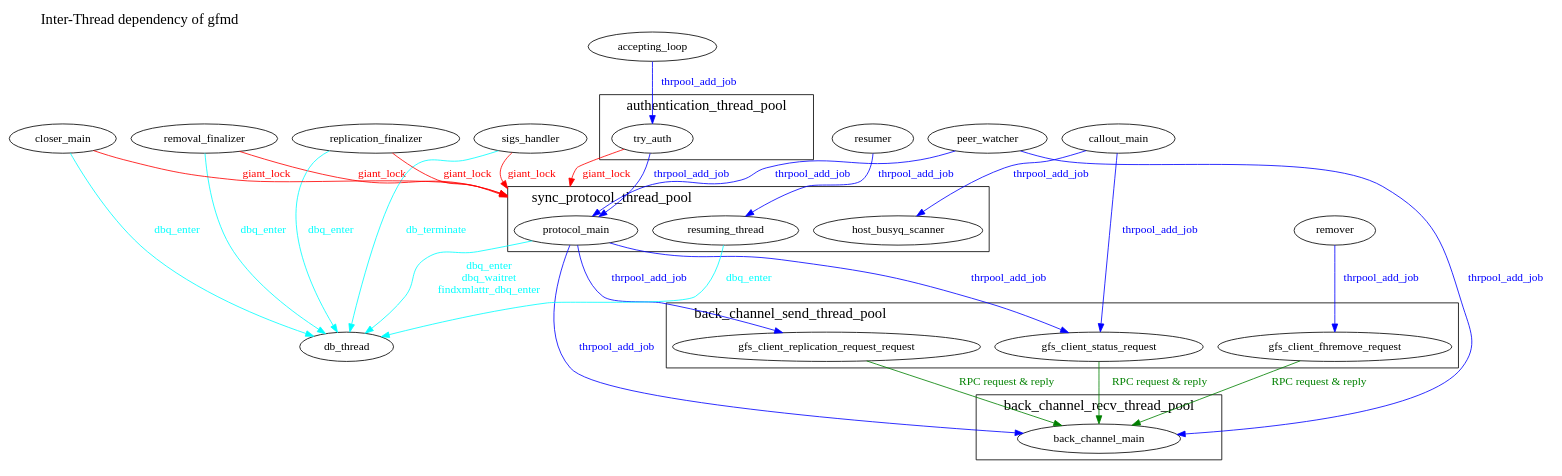
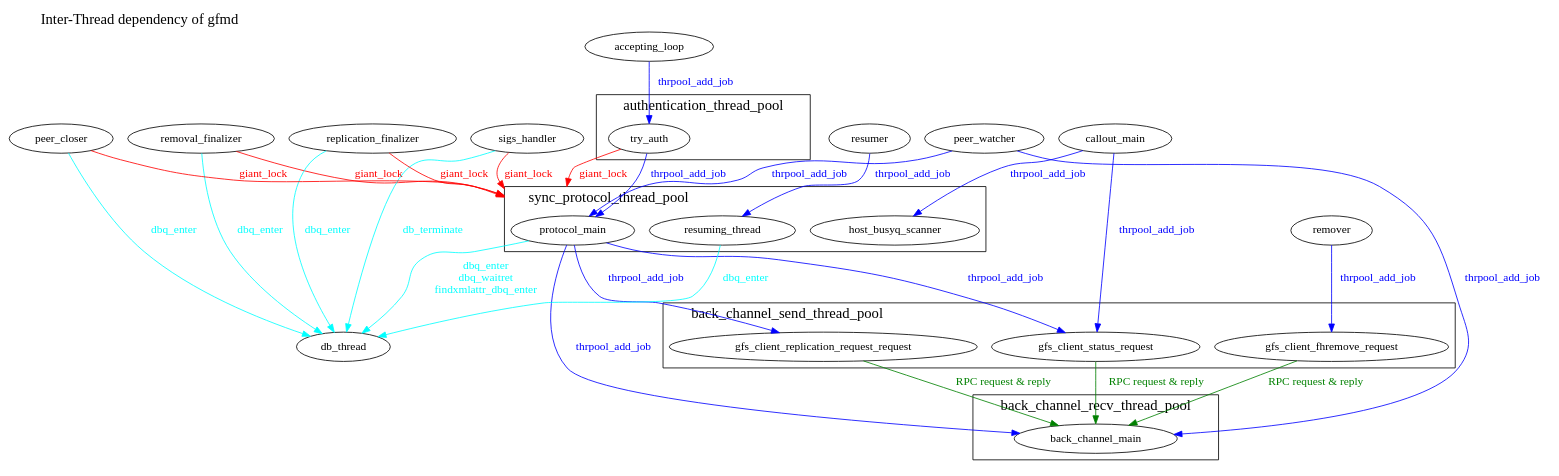
One commit to oss-tsukuba/gfarm changed the diagram in doc/internal/png/gfmd-thread-dependency.dot. Above: the diagram before and after it, drawn with Graphviz. The commit also changed 34 other files, not shown here.

```diff
--- a/doc/internal/png/gfmd-thread-dependency.dot
+++ b/doc/internal/png/gfmd-thread-dependency.dot
@@ -1,112 +1,112 @@
 digraph threads {
   graph [label = "Inter-Thread dependency of gfmd",
 	labelloc = t, labeljust = l, fontsize = 18,
 	compound = true];
 
   accepting_loop;
   removal_finalizer;
   sigs_handler;
   callout_main;
   peer_watcher;
   replication_finalizer;
   remover;
   resumer;
-  closer_main;
+  peer_closer;
 
 
   db_thread;
 
   protocol_main -> db_thread
 	[label = "dbq_enter\ndbq_waitret\nfindxmlattr_dbq_enter",
 	 fontcolor = cyan, color = cyan ];
   resuming_thread -> db_thread
 	[label = "dbq_enter", fontcolor = cyan, color = cyan ];
   replication_finalizer -> db_thread
 	[label = "dbq_enter", fontcolor = cyan, color = cyan ];
   removal_finalizer -> db_thread
 	[label = "dbq_enter", fontcolor = cyan, color = cyan ];
-  closer_main -> db_thread
+  peer_closer -> db_thread
 	[label = "dbq_enter", fontcolor = cyan, color = cyan ];
   sigs_handler -> db_thread
 	[label = "db_terminate", fontcolor = cyan, color = cyan ];
 
 
   subgraph cluster0 {
     label = "authentication_thread_pool";
 
     try_auth;
   }
 
   accepting_loop -> try_auth
 	[label = "thrpool_add_job", fontcolor = blue, color = blue];
 
 
   subgraph cluster1 {
     label = "sync_protocol_thread_pool";
 
     host_busyq_scanner;
     protocol_main;
     resuming_thread;
   }
 
   callout_main -> host_busyq_scanner
 	[label = "thrpool_add_job", fontcolor = blue, color = blue];
   try_auth -> protocol_main
 	[label = "thrpool_add_job", fontcolor = blue, color = blue];
   peer_watcher -> protocol_main
 	[label = "thrpool_add_job", fontcolor = blue, color = blue];
   resumer -> resuming_thread
 	[label = "thrpool_add_job", fontcolor = blue, color = blue];
 
   try_auth -> protocol_main
 	[label = "giant_lock", fontcolor = red, color = red,
 	lhead=cluster1];
   replication_finalizer -> protocol_main
 	[label = "giant_lock", fontcolor = red, color = red,
 	lhead=cluster1];
   removal_finalizer -> protocol_main
 	[label = "giant_lock", fontcolor = red, color = red,
 	lhead=cluster1];
-  closer_main -> protocol_main
+  peer_closer -> protocol_main
 	[label = "giant_lock", fontcolor = red, color = red,
 	lhead=cluster1];
   sigs_handler -> protocol_main
 	[label = "giant_lock", fontcolor = red, color = red,
 	lhead=cluster1];
 
 
   subgraph cluster2 {
     label = "back_channel_send_thread_pool";
 
     gfs_client_status_request;
     gfs_client_fhremove_request;
     gfs_client_replication_request_request;
   }
 
   protocol_main -> gfs_client_replication_request_request
 	[label = "thrpool_add_job", fontcolor = blue, color = blue];
   protocol_main -> gfs_client_status_request
 	[label = "thrpool_add_job", fontcolor = blue, color = blue];
   callout_main -> gfs_client_status_request
 	[label = "thrpool_add_job", fontcolor = blue, color = blue];
   remover -> gfs_client_fhremove_request
 	[label = "thrpool_add_job", fontcolor = blue, color = blue];
 
 
   subgraph cluster3 {
     label = "back_channel_recv_thread_pool";
 
     back_channel_main;
   }
 
   protocol_main -> back_channel_main
 	[label = "thrpool_add_job", fontcolor = blue, color = blue];
   peer_watcher -> back_channel_main
 	[label = "thrpool_add_job", fontcolor = blue, color = blue];
   gfs_client_status_request -> back_channel_main
 	[label = "RPC request & reply", fontcolor = green, color = green];
   gfs_client_fhremove_request -> back_channel_main
 	[label = "RPC request & reply", fontcolor = green, color = green];
   gfs_client_replication_request_request -> back_channel_main
 	[label = "RPC request & reply", fontcolor = green, color = green];
 }
```
